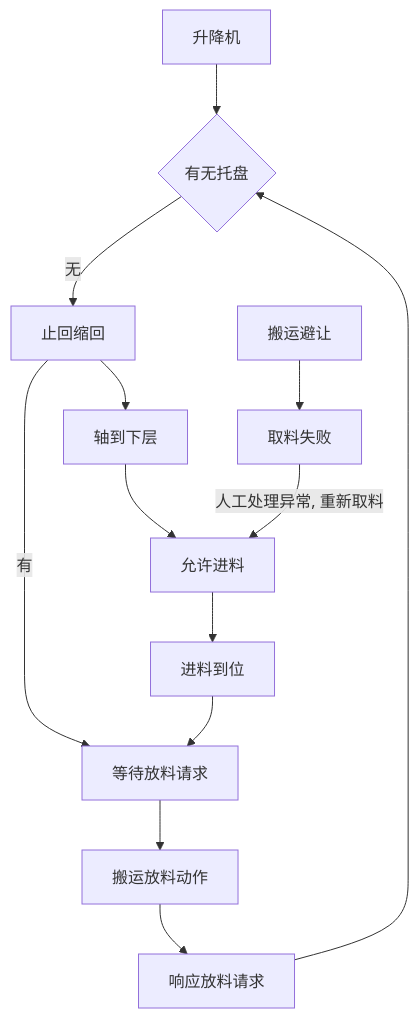
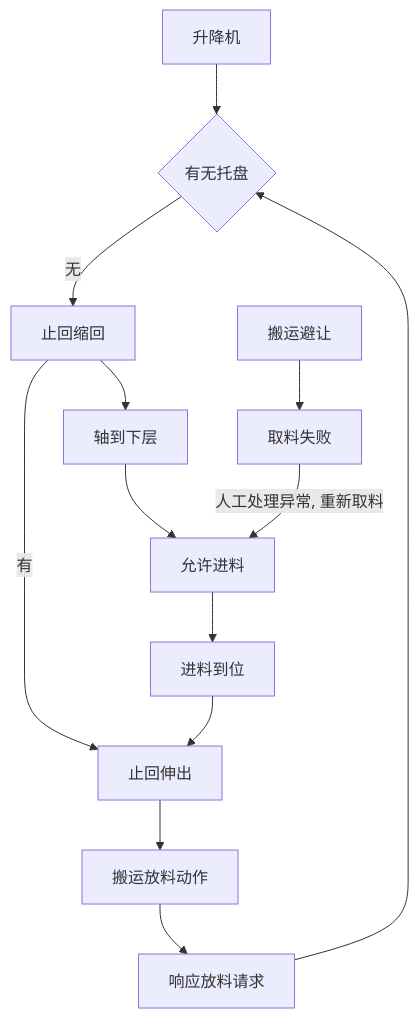
Before and after one commit to PengKun1/iodraw-files: the diagram in all/升降台.md, drawn with Mermaid.

Commit message:
2024-12-23 10:19:59 update

````diff
--- a/all/升降台.md
+++ b/all/升降台.md
@@ -1,16 +1,16 @@
 ```mermaid
 graph TD
 0[升降机]-->10
 10{有无托盘}-->|无|20
 20-->|有|60
 20[止回缩回]-->30
 30[轴到下层]-->40
 40[允许进料]-->50
 50[进料到位]-->60
-60[等待放料请求]-->70
+60[止回伸出]-->70
 70[搬运放料动作]-->80
 80[响应放料请求]-->10
 90[搬运避让]-->900
 
 900[取料失败]-->|人工处理异常, 重新取料|40
 ```
````
